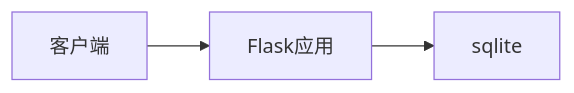
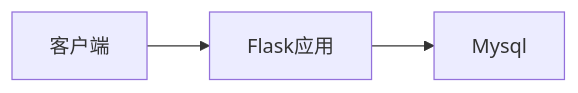
The first of 2 diagrams in README.md (Jack-samu/the-blog-backend), drawn with Mermaid before and after one commit. The commit also changed other lines of this file and 27 other files, not shown here.

````diff
--- a/README.md
+++ b/README.md
@@ -6,5 +6,5 @@
 ```mermaid
 graph LR
     A[客户端] --> B[Flask应用]
-    B --> C[sqlite]
+    B --> C[Mysql]
 ```
````
